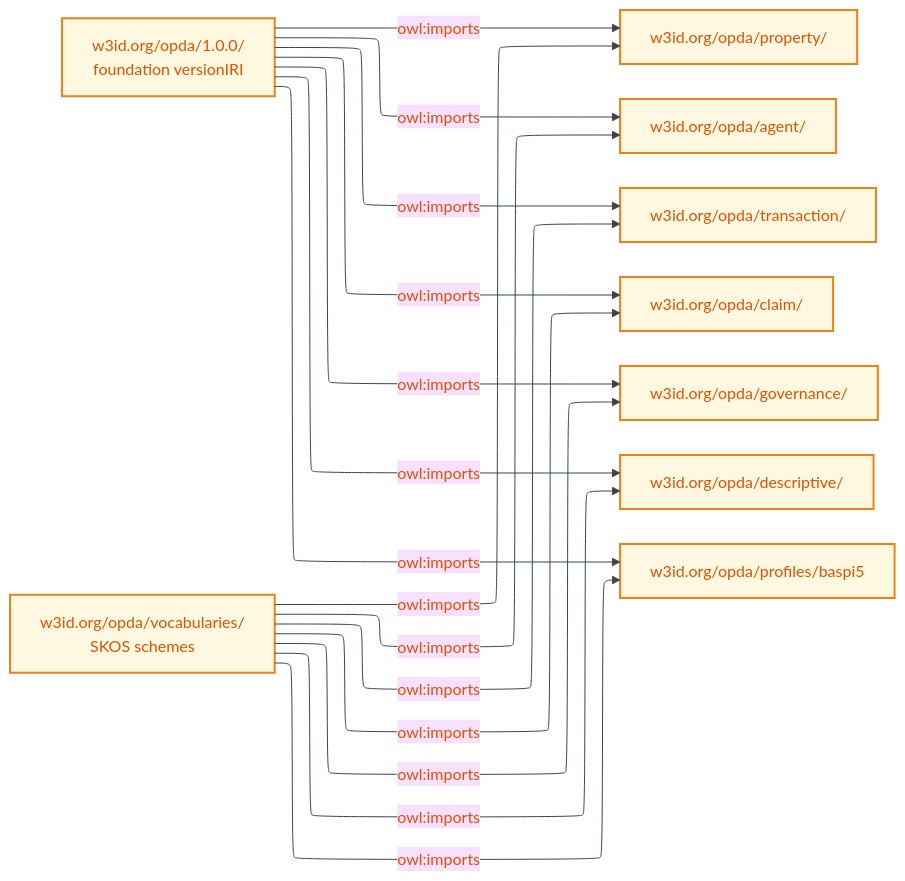
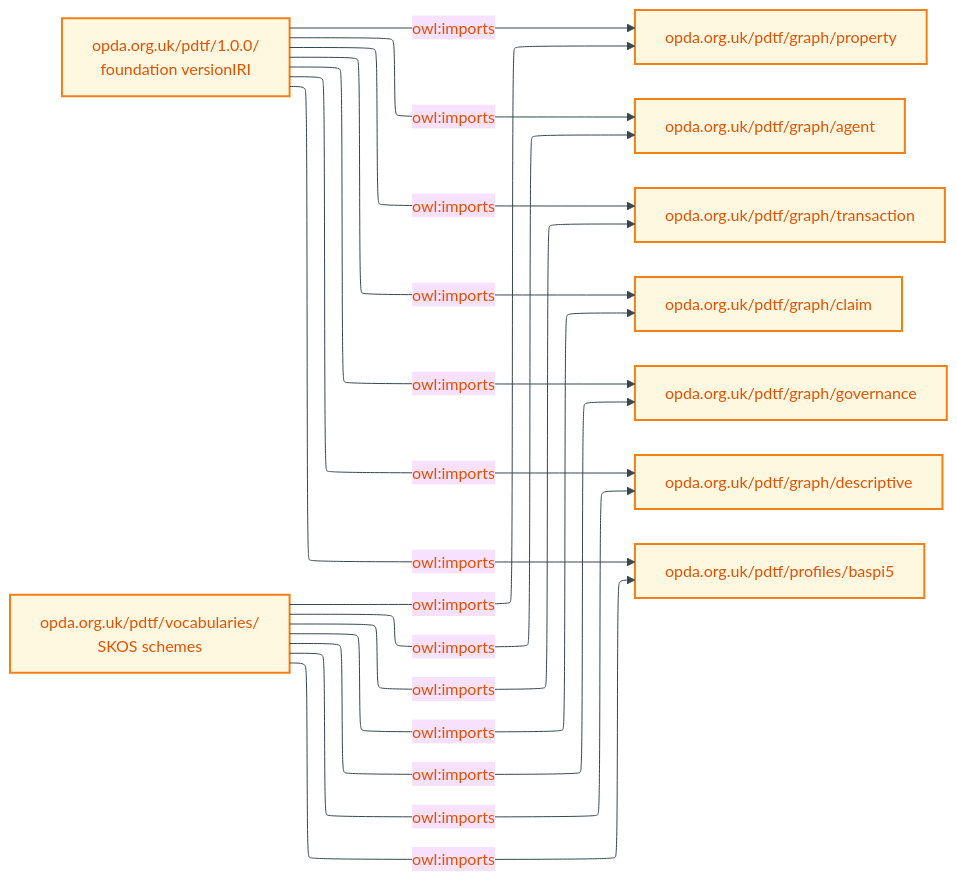
One commit to sparkling/opda changed the third of 3 diagrams in docs/manual/physical-database/named-graphs.md. Above: the diagram before and after it, drawn with Mermaid. The commit also changed other lines of this file and 98 other files, not shown here.

First line of the commit message:
docs: migrate live IRI references to opda.org.uk/pdtf scheme (swarm)

````diff
--- a/docs/manual/physical-database/named-graphs.md
+++ b/docs/manual/physical-database/named-graphs.md
@@ -142,43 +142,43 @@
 ```mermaid
 ---
 config:
   layout: elk
   elk:
     mergeEdges: false
     nodePlacementStrategy: BRANDES_KOEPF
 ---
 %%{init: {"theme": "base", "themeVariables": {"primaryColor": "#FFF8E1", "primaryTextColor": "#E65100", "primaryBorderColor": "#F57F17", "lineColor": "#37474F"}}}%%
 flowchart LR
     accTitle: Named-graph owl-imports dependency graph
     accDescr: Shows how every module-TBox graph and overlay profile imports the foundation versionIRI and the vocabularies graph via owl:imports.
 
     classDef data fill:#FFF8E1,stroke:#F57F17,stroke-width:2px,color:#E65100
 
-    F["w3id.org/opda/1.0.0/<br/>foundation versionIRI"]:::data
-    V["w3id.org/opda/vocabularies/<br/>SKOS schemes"]:::data
+    F["opda.org.uk/pdtf/1.0.0/<br/>foundation versionIRI"]:::data
+    V["opda.org.uk/pdtf/vocabularies/<br/>SKOS schemes"]:::data
 
-    P["w3id.org/opda/property/"]:::data
-    A["w3id.org/opda/agent/"]:::data
-    T["w3id.org/opda/transaction/"]:::data
-    Cl["w3id.org/opda/claim/"]:::data
-    G["w3id.org/opda/governance/"]:::data
-    D["w3id.org/opda/descriptive/"]:::data
+    P["opda.org.uk/pdtf/graph/property"]:::data
+    A["opda.org.uk/pdtf/graph/agent"]:::data
+    T["opda.org.uk/pdtf/graph/transaction"]:::data
+    Cl["opda.org.uk/pdtf/graph/claim"]:::data
+    G["opda.org.uk/pdtf/graph/governance"]:::data
+    D["opda.org.uk/pdtf/graph/descriptive"]:::data
 
-    B["w3id.org/opda/profiles/baspi5"]:::data
+    B["opda.org.uk/pdtf/profiles/baspi5"]:::data
 
     F -->|owl:imports| P
     F -->|owl:imports| A
     F -->|owl:imports| T
     F -->|owl:imports| Cl
     F -->|owl:imports| G
     F -->|owl:imports| D
     F -->|owl:imports| B
 
     V -->|owl:imports| P
     V -->|owl:imports| A
     V -->|owl:imports| T
     V -->|owl:imports| Cl
     V -->|owl:imports| G
     V -->|owl:imports| D
     V -->|owl:imports| B
 ```
````
